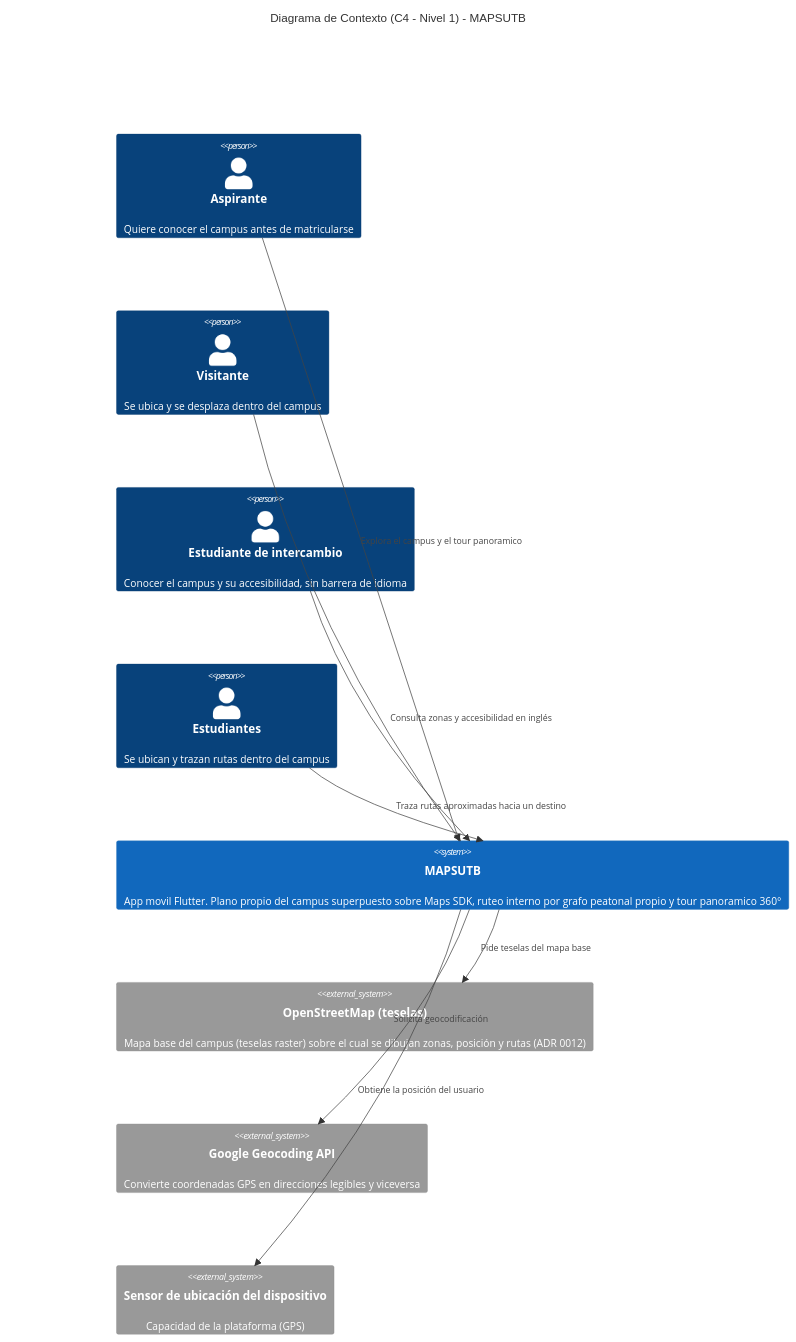
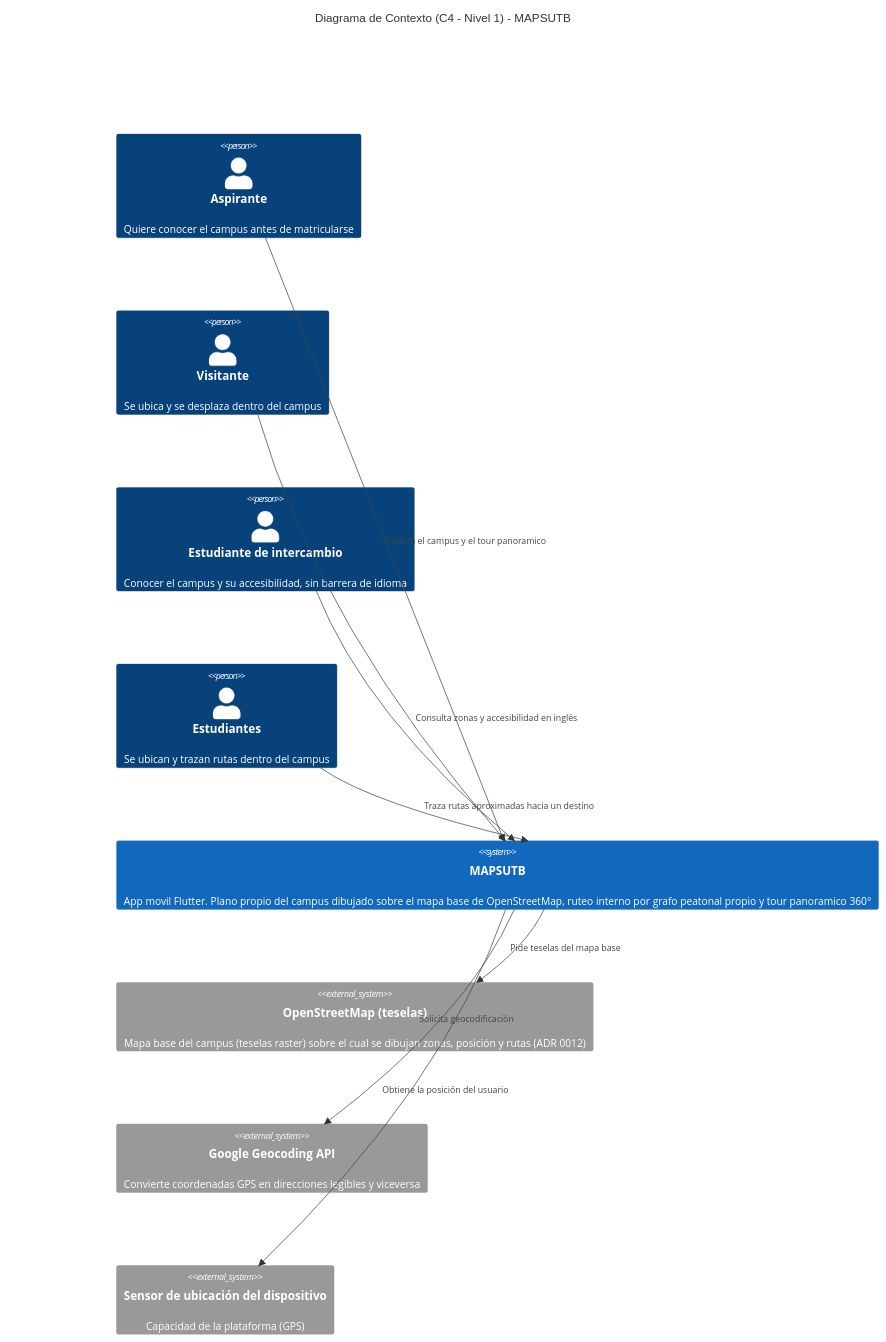
Before and after one commit to ISCOUTB/AS_202620_mapsutb: the diagram in docs/c4/C1.md, drawn with Mermaid. The commit also changed 10 other files, not shown here.

````diff
--- a/docs/c4/C1.md
+++ b/docs/c4/C1.md
@@ -1,29 +1,29 @@
 ```mermaid
 ---
 config:
   fontFamily: '''Inter Variable'', sans-serif'
 ---
 C4Context
     title Diagrama de Contexto (C4 - Nivel 1) - MAPSUTB
 
     Person(aspirante, "Aspirante", "Quiere conocer el campus antes de matricularse")
     Person(invitado, "Visitante", "Se ubica y se desplaza dentro del campus")
     Person(intercambio, "Estudiante de intercambio", "Conocer el campus y su accesibilidad, sin barrera de idioma")
     Person(comunidad, "Estudiantes", "Se ubican y trazan rutas dentro del campus")
 
-    System(mapsutb, "MAPSUTB", "App movil Flutter. Plano propio del campus superpuesto sobre Maps SDK, ruteo interno por grafo peatonal propio y tour panoramico 360°")
+    System(mapsutb, "MAPSUTB", "App movil Flutter. Plano propio del campus dibujado sobre el mapa base de OpenStreetMap, ruteo interno por grafo peatonal propio y tour panoramico 360°")
 
     System_Ext(mapssdk, "OpenStreetMap (teselas)", "Mapa base del campus (teselas raster) sobre el cual se dibujan zonas, posición y rutas (ADR 0012)")
     System_Ext(geocoding, "Google Geocoding API", "Convierte coordenadas GPS en direcciones legibles y viceversa")
     System_Ext(sensor, "Sensor de ubicación del dispositivo", "Capacidad de la plataforma (GPS)")
 
     Rel_L(aspirante, mapsutb, "Explora el campus y el tour panoramico")
     Rel(invitado, mapsutb,"")
     Rel(intercambio, mapsutb, "Consulta zonas y accesibilidad en inglés")
     Rel(comunidad, mapsutb, "Traza rutas aproximadas hacia un destino")
     Rel_D(mapsutb, geocoding, "Solicita geocodificación")
     Rel_D(mapsutb, mapssdk, "Pide teselas del mapa base")
     Rel_D(mapsutb, sensor, "Obtiene la posición del usuario")
 
     UpdateLayoutConfig($c4ShapeInRow="3", $c4BoundaryInRow="1")
 ```
````
